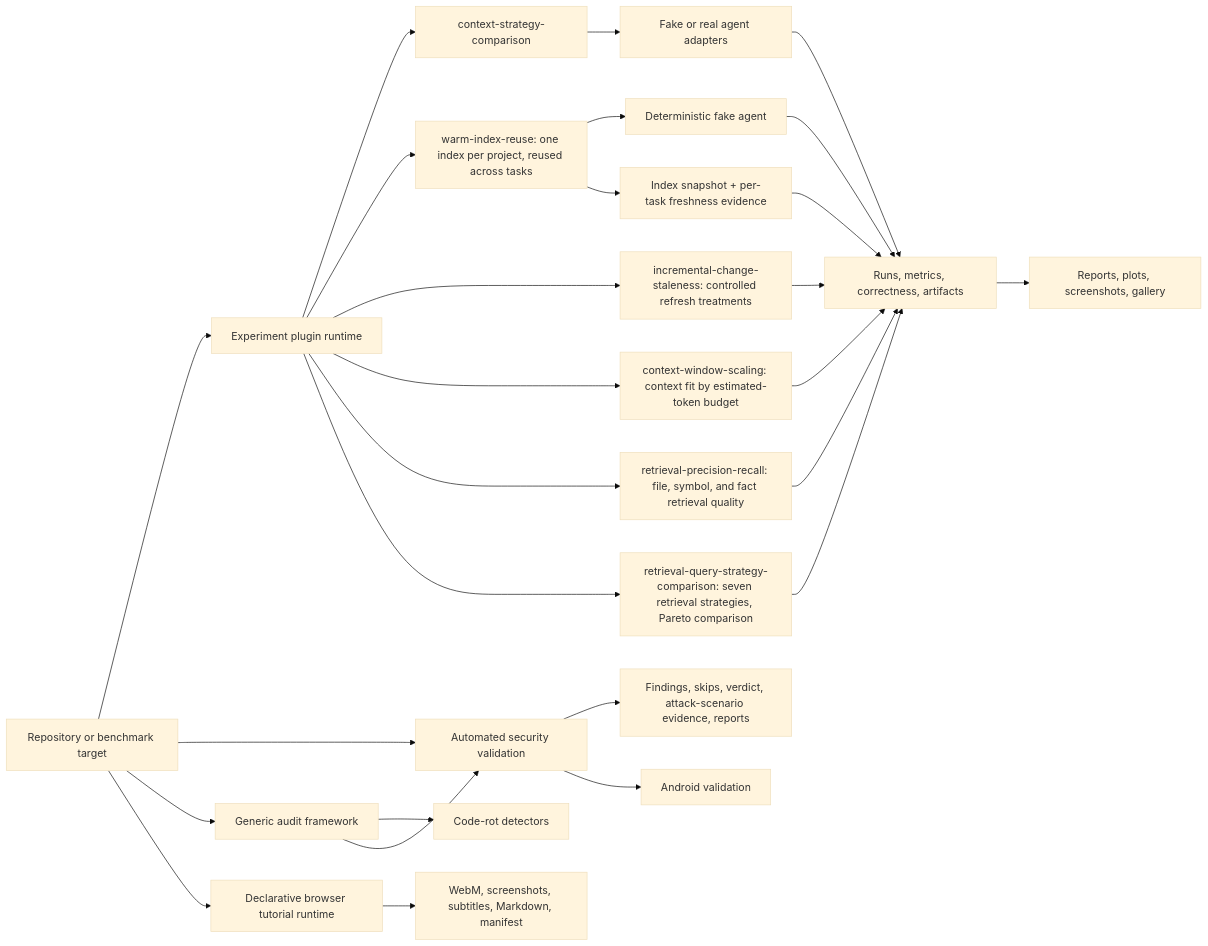
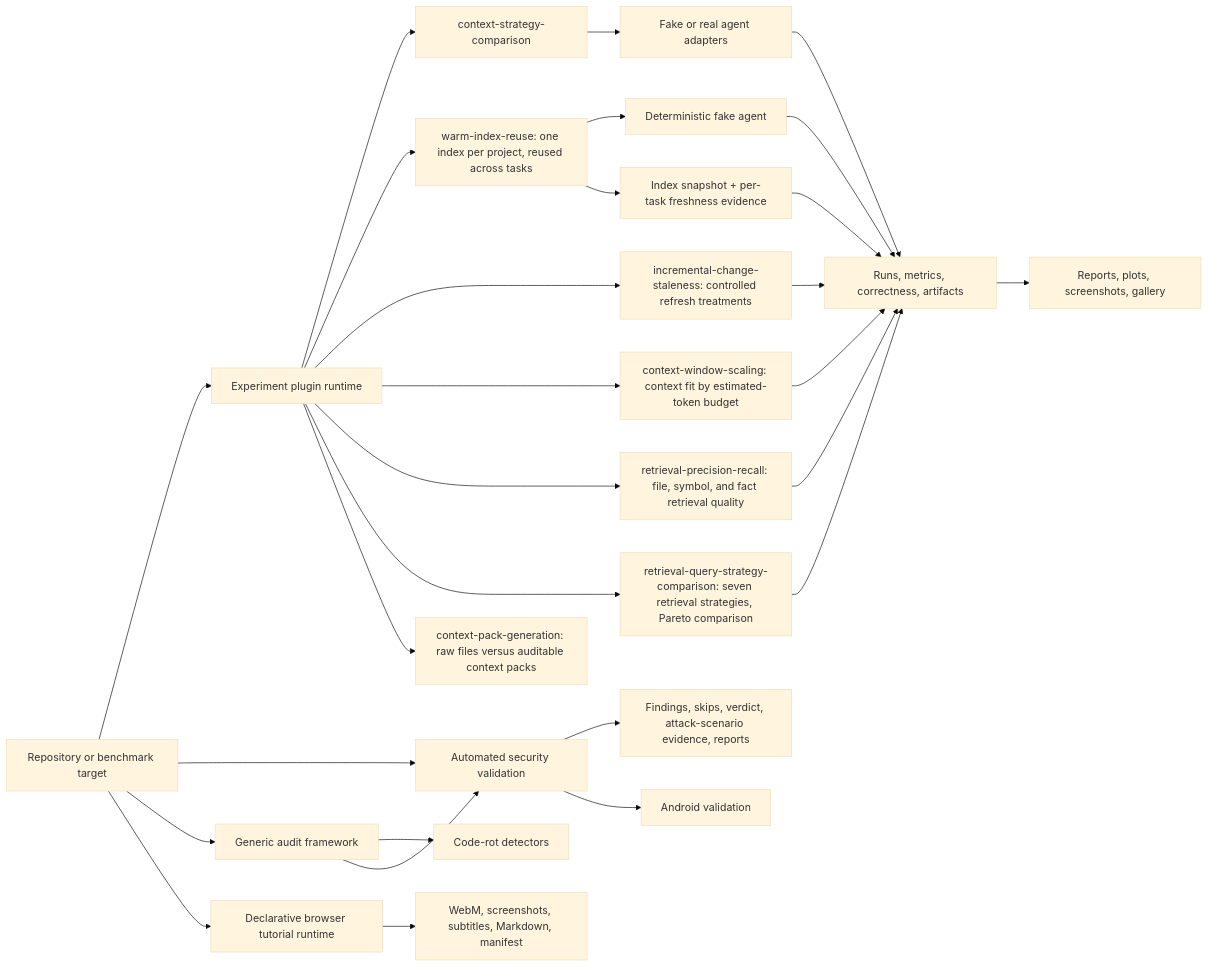
Before and after one commit to dailephd/my-dev-kit-lab: the diagram in docs/PROJECT_OVERVIEW.md, drawn with Mermaid (base theme). The commit also changed other lines of this file and 8 other files, not shown here.

````diff
--- a/docs/PROJECT_OVERVIEW.md
+++ b/docs/PROJECT_OVERVIEW.md
@@ -57,32 +57,33 @@
 ```mermaid
 flowchart LR
   Target[Repository or benchmark target] --> Experiment[Experiment plugin runtime]
   Experiment --> Plugin[context-strategy-comparison]
   Experiment --> WarmPlugin[warm-index-reuse: one index per project, reused across tasks]
   Experiment --> StalenessPlugin[incremental-change-staleness: controlled refresh treatments]
   Experiment --> ScalingPlugin[context-window-scaling: context fit by estimated-token budget]
   Experiment --> RetrievalPlugin[retrieval-precision-recall: file, symbol, and fact retrieval quality]
   Experiment --> StrategyPlugin[retrieval-query-strategy-comparison: seven retrieval strategies, Pareto comparison]
+  Experiment --> PackPlugin[context-pack-generation: raw files versus auditable context packs]
   Plugin --> Agents[Fake or real agent adapters]
   WarmPlugin --> FakeAgent[Deterministic fake agent]
   StalenessPlugin --> Evidence
   ScalingPlugin --> Evidence
   RetrievalPlugin --> Evidence
   StrategyPlugin --> Evidence
   FakeAgent --> Evidence
   WarmPlugin --> IndexSnapshotFreshness[Index snapshot + per-task freshness evidence]
   IndexSnapshotFreshness --> Evidence
   Agents --> Evidence[Runs, metrics, correctness, artifacts]
   Evidence --> Reports[Reports, plots, screenshots, gallery]
 
   Target --> Security[Automated security validation]
   Security --> SecurityEvidence[Findings, skips, verdict, attack-scenario evidence, reports]
   Security --> Android[Android validation]
 
   Target --> Audit[Generic audit framework]
   Audit --> CodeRot[Code-rot detectors]
   Audit --> Security
 
   Target --> Tutorial[Declarative browser tutorial runtime]
   Tutorial --> TutorialEvidence[WebM, screenshots, subtitles, Markdown, manifest]
 ```
````
